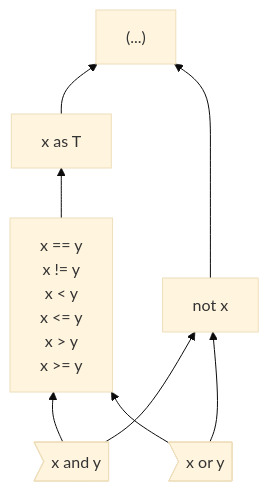
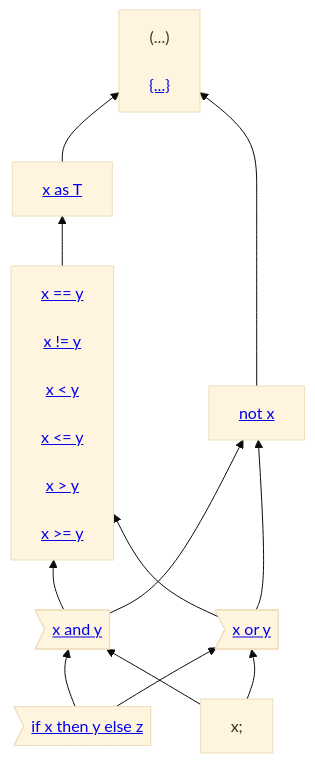
The first of 2 diagrams in docs/design/expressions/README.md (carbon-language/carbon-lang), drawn with Mermaid (base theme) before and after one commit. The commit also changed other lines of this file, not shown here.

Commit message:
Add if, struct literals, and links to the graph.

````diff
--- a/docs/design/expressions/README.md
+++ b/docs/design/expressions/README.md
@@ -66,13 +49,22 @@
 ```mermaid
 graph BT
-    parens["(...)"]
-    as["x as T"]
-    not["not x"]
-    comparison["x == y<br> x != y<br> x < y<br> x <= y<br> x > y<br> x >= y"]
-    and>"x and y"]
-    or>"x or y"]
+    brackets["(...)<br>
+              <a href='../classes.md#literals'>{...}</a>"]
+    as["<a href='#conversions-and-casts'>x as T</a>"]
+    not["<a href='logical_operators.md'>not x</a>"]
+    comparison["<a href='comparison_operators.md'>x == y<br>
+                                                  x != y<br>
+                                                  x < y<br>
+                                                  x <= y<br>
+                                                  x > y<br>
+                                                  x >= y</a>"]
+    and>"<a href='logical_operators.md'>x and y</a>"]
+    or>"<a href='logical_operators.md'>x or y</a>"]
+    if>"<a href='#if-expressions'>if x then y else z</a>"]
+    expressionEnd["x;"]
 
-    as & not --> parens
+    as & not --> brackets
     comparison --> as
     and & or --> comparison & not
+    if & expressionEnd --> and & or
 ```
````
